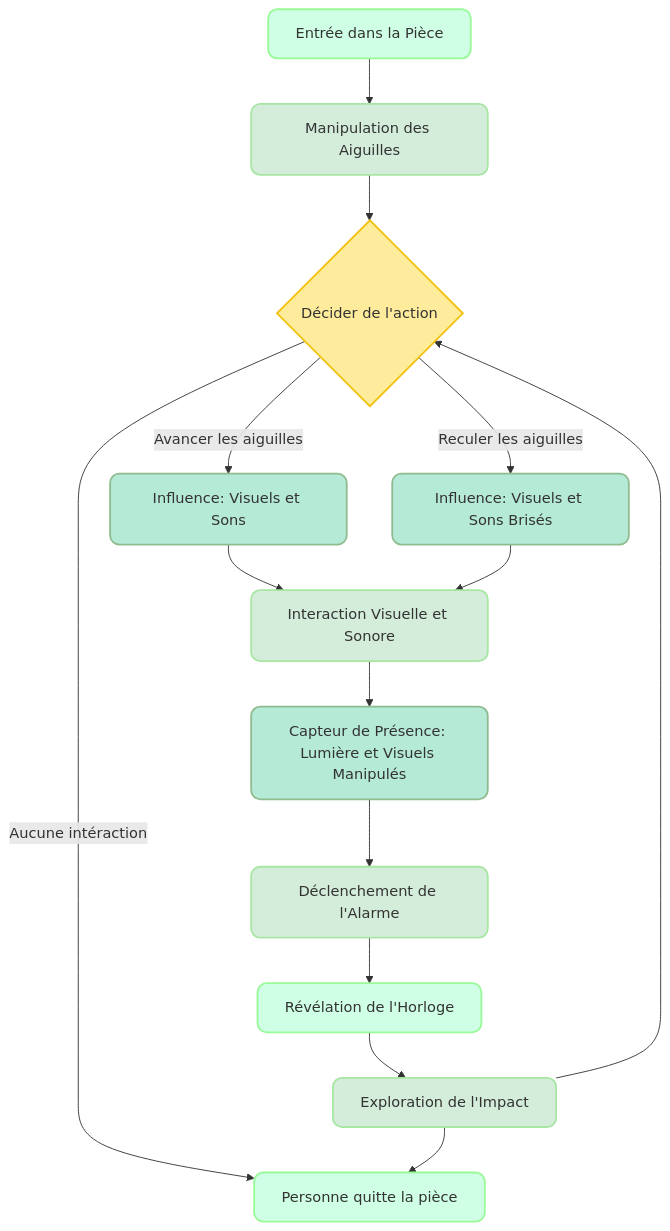
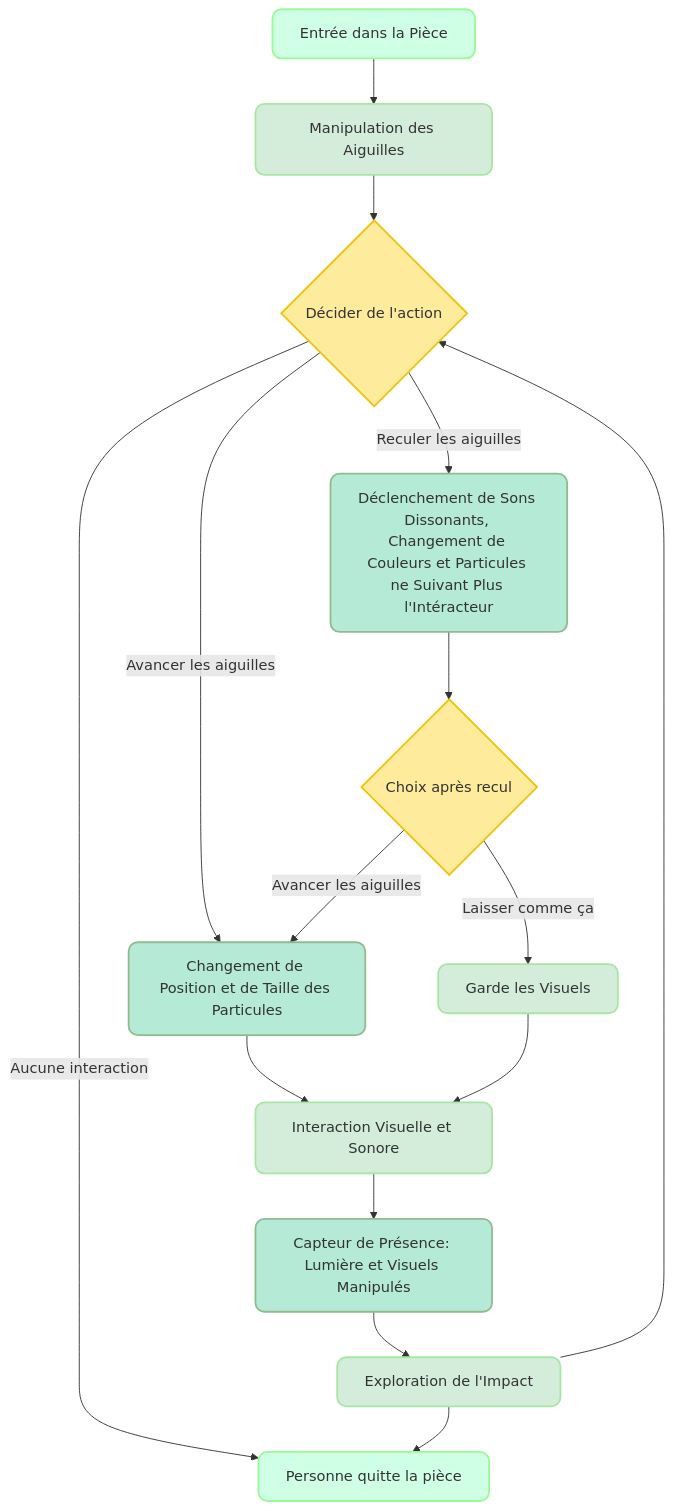
One commit to DelphineG-Projets/scenariser-interactivite changed the diagram in README.md. Above: the diagram before and after it, drawn with Mermaid. The commit also changed other lines of this file, not shown here.

````diff
--- a/README.md
+++ b/README.md
@@ -15,33 +14,36 @@
 ```mermaid
 flowchart TD
    A[Entrée dans la Pièce] --> B[Manipulation des Aiguilles]
     
     B --> J{Décider de l'action}
-    J -->|Avancer les aiguilles| G[Influence: Visuels et Sons]
-    J -->|Reculer les aiguilles| H[Influence: Visuels et Sons Brisés]
-    
+    J -->|Avancer les aiguilles| G[Changement de Position et de Taille des Particules]
+    J -->|Reculer les aiguilles| H[Déclenchement de Sons Dissonants, Changement de Couleurs et Particules ne Suivant Plus l'Intéracteur]
+
+    H --> K{Choix après recul}
+    K -->|Laisser comme ça| L[Garde les Visuels]
+    K -->|Avancer les aiguilles| G
+
     G --> C[Interaction Visuelle et Sonore]
-    H --> C[Interaction Visuelle et Sonore]
+    L --> C[Interaction Visuelle et Sonore]
     
     C --> I[Capteur de Présence: Lumière et Visuels Manipulés]
     
-    I --> D[Déclenchement de l'Alarme]
-    D --> E[Révélation de l'Horloge]
-    E --> F[Exploration de l'Impact]
+    I --> D[Exploration de l'Impact]
 
-    F --> J
-    J -->|Aucune intéraction| Z[Personne quitte la pièce]
-F --> Z
+    D --> J
+    J -->|Aucune interaction| Z[Personne quitte la pièce]
+    D --> Z
     
     %% Styles pour améliorer l'apparence
     classDef startEnd fill:#CFFFE5,stroke:#98FB98,stroke-width:2px,rx:10px,ry:10px;
     classDef action fill:#D4EDDA,stroke:#A8E6A3,stroke-width:2px,rx:10px,ry:10px;
     classDef transition fill:#B5EAD7,stroke:#8FBC8F,stroke-width:2px,rx:10px,ry:10px;
     classDef decision fill:#FFEB9C,stroke:#F0C20C,stroke-width:2px,rx:10px,ry:10px;
 
     %% Styles des noeuds
-    class A,E,Z startEnd;
-    class B,C,D,F action;
+    class A,Z startEnd;
+    class B,C,D action;
     class G,H,I transition;
-    class J decision;
+    class J,K decision;
+    class L action;
 ```
````
